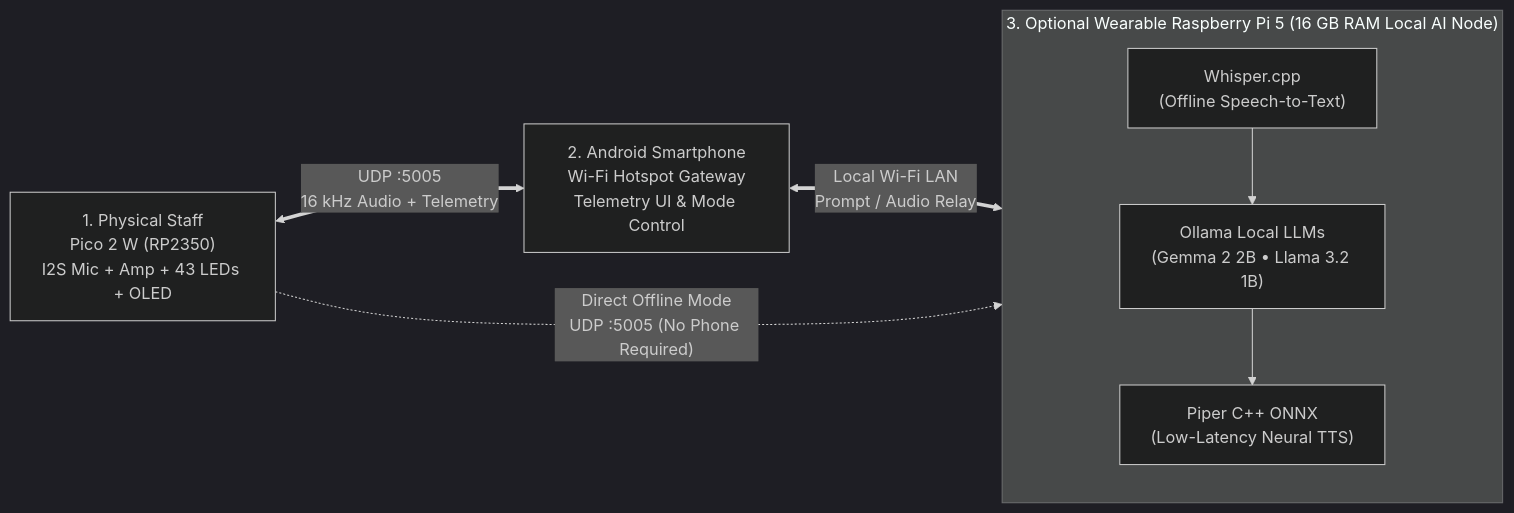
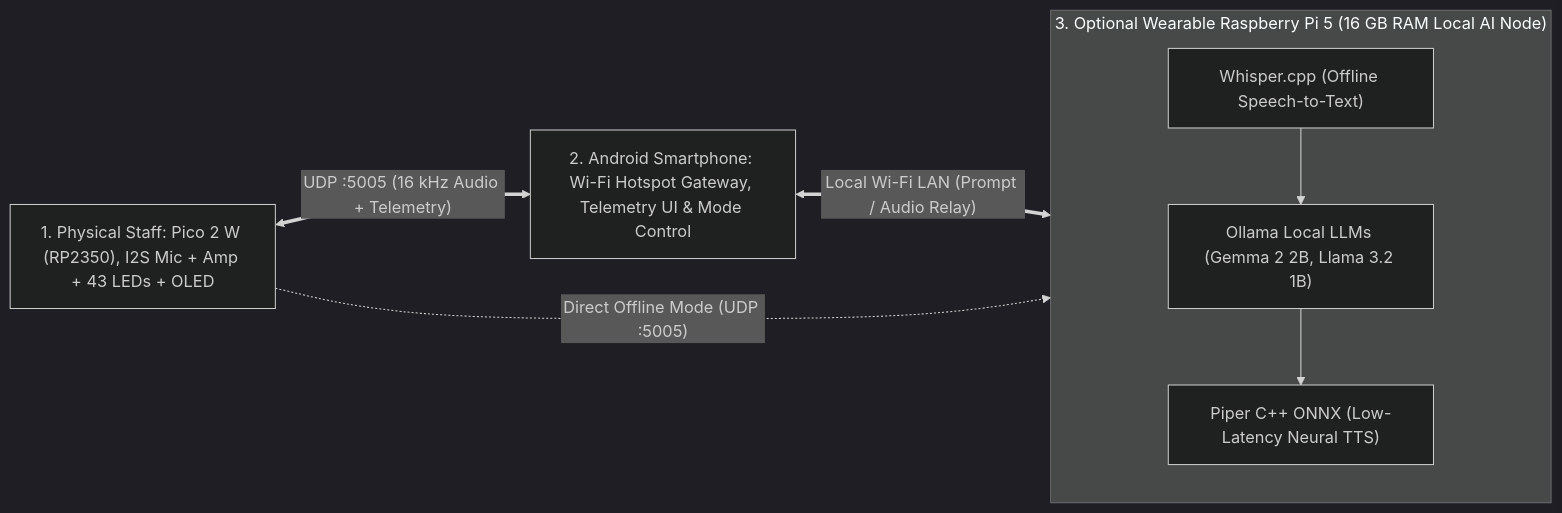
One commit to DerAndr/celestial_engine_project changed the second of 3 diagrams in README.md. Above: the diagram before and after it, drawn with Mermaid (dark theme). The commit also changed other lines of this file, not shown here.

Commit message:
fix(readme): remove escaped quotes and square brackets in Mermaid diagrams for GitHub parser

````diff
--- a/README.md
+++ b/README.md
@@ -73,15 +73,15 @@
 ```mermaid
 flowchart LR
-    STAFF["1. Physical Staff\nPico 2 W (RP2350)\nI2S Mic + Amp + 43 LEDs + OLED"]
-    PHONE["2. Android Smartphone\nWi-Fi Hotspot Gateway\nTelemetry UI & Mode Control"]
+    STAFF["1. Physical Staff: Pico 2 W (RP2350), I2S Mic + Amp + 43 LEDs + OLED"]
+    PHONE["2. Android Smartphone: Wi-Fi Hotspot Gateway, Telemetry UI & Mode Control"]
     subgraph PI5["3. Optional Wearable Raspberry Pi 5 (16 GB RAM Local AI Node)"]
-        WHISPER["Whisper.cpp\n(Offline Speech-to-Text)"]
-        OLLAMA["Ollama Local LLMs\n(Gemma 2 2B • Llama 3.2 1B)"]
-        PIPER["Piper C++ ONNX\n(Low-Latency Neural TTS)"]
+        WHISPER["Whisper.cpp (Offline Speech-to-Text)"]
+        OLLAMA["Ollama Local LLMs (Gemma 2 2B, Llama 3.2 1B)"]
+        PIPER["Piper C++ ONNX (Low-Latency Neural TTS)"]
         WHISPER --> OLLAMA --> PIPER
     end
 
-    STAFF <== "UDP :5005\n16 kHz Audio + Telemetry" ==> PHONE
-    PHONE <== "Local Wi-Fi LAN\nPrompt / Audio Relay" ==> PI5
-    STAFF -. "Direct Offline Mode\nUDP :5005 (No Phone Required)" .-> PI5
+    STAFF <== "UDP :5005 (16 kHz Audio + Telemetry)" ==> PHONE
+    PHONE <== "Local Wi-Fi LAN (Prompt / Audio Relay)" ==> PI5
+    STAFF -. "Direct Offline Mode (UDP :5005)" .-> PI5
 ```
````
